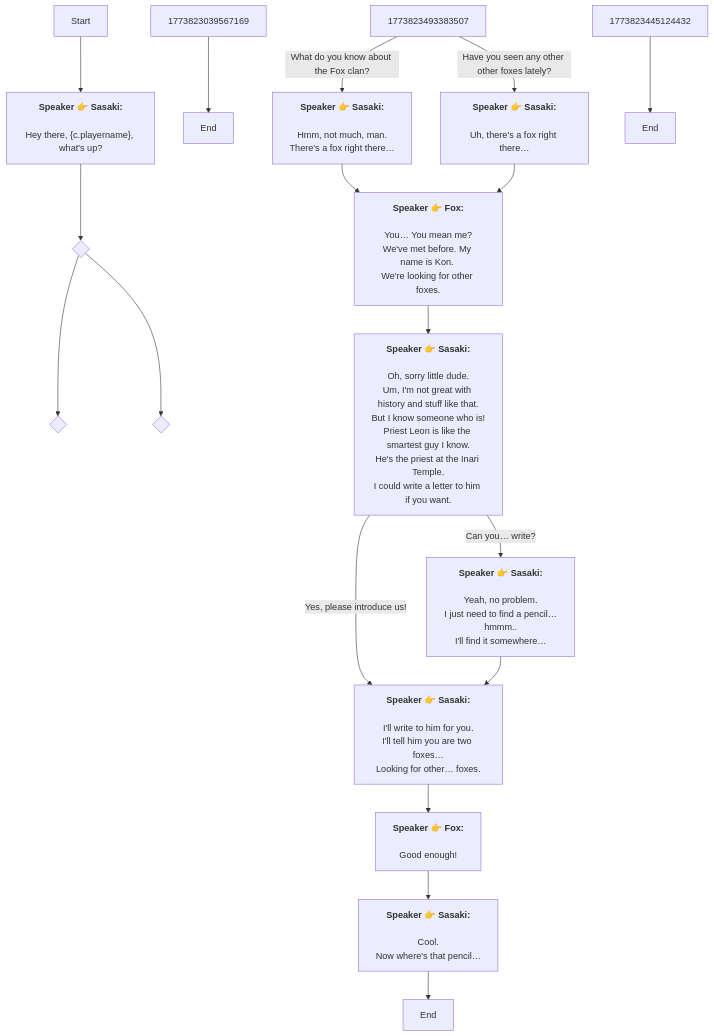
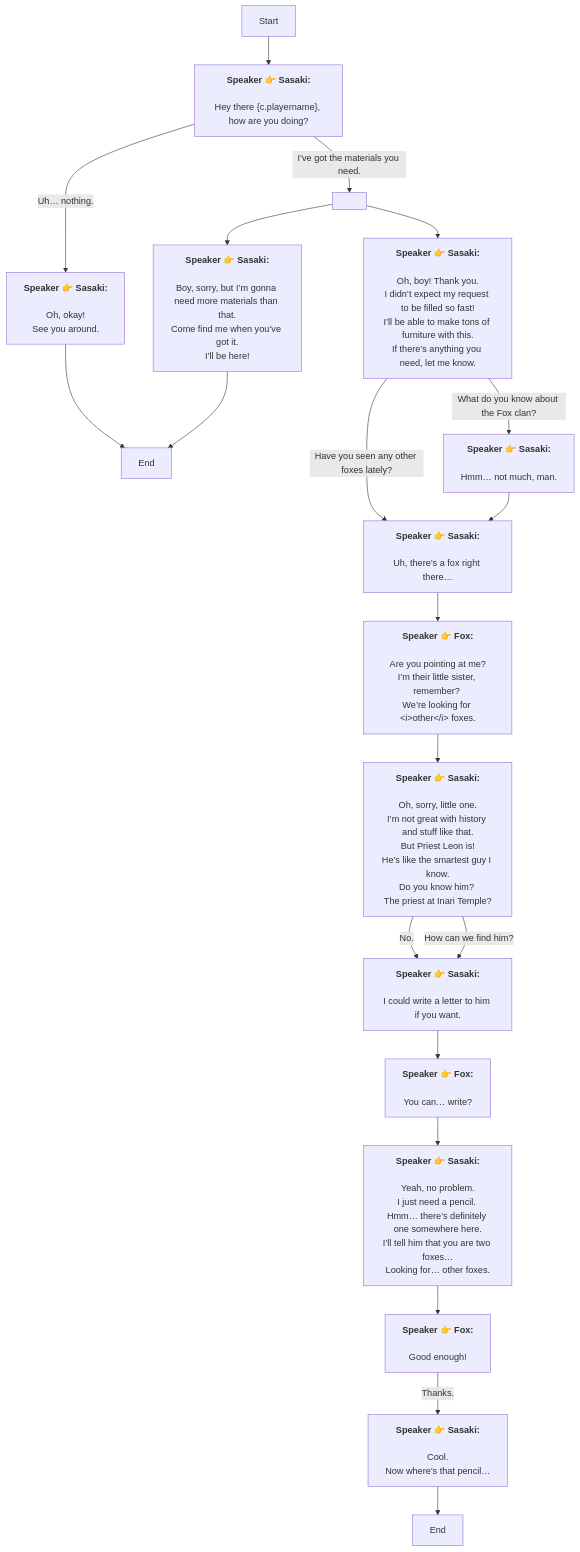
The diagram in En/QuestNPCDeliveryENode_1773822787295540.md (SoftHu/tos_avg), drawn with Mermaid before and after one commit. The commit also changed 780 other files, not shown here.

````diff
--- a/En/QuestNPCDeliveryENode_1773822787295540.md
+++ b/En/QuestNPCDeliveryENode_1773822787295540.md
@@ -1,48 +1,52 @@
 ```mermaid
 graph
 Start -->1773823005079863[<b>Speaker 👉 Sasaki:</b>
-\nHey there, &lbrace;c.playername&rbrace;, what's up?]
-1773823005079863 -->1773823380085067{ }
-1773823380085067 -->1773823019641145{ }
-1773823380085067 -->1773823434289484{ }
+\nHey there &lbrace;c.playername&rbrace;, how are you doing?]
+1773823005079863 -->|I’ve got the materials you need.|1773823380085067[ ]
+1773823005079863 -->|Uh… nothing.|1773823039567169[<b>Speaker 👉 Sasaki:</b>
+\nOh, okay!
+See you around.]
 1773823039567169 -->1773823051202883[End]
+1773823380085067 -->1773823493383507[<b>Speaker 👉 Sasaki:</b>
+\nOh, boy! Thank you.
+I didn’t expect my request to be filled so fast!\nI’ll be able to make tons of furniture with this.
+If there’s anything you need, let me know.]
+1773823380085067 -->1778081627686508[<b>Speaker 👉 Sasaki:</b>
+\nBoy, sorry, but I’m gonna need more materials than that.
+Come find me when you’ve got it.
+I’ll be here!]
 1773823493383507 -->|What do you know about the Fox clan?|1773823573003613[<b>Speaker 👉 Sasaki:</b>
-\nHmm, not much, man.
-There's a fox right there…]
-1773823493383507 -->|Have you seen any other other foxes lately?|1773823599531359[<b>Speaker 👉 Sasaki:</b>
-\nUh, there's a fox right there…]
-1773823573003613 -->1773823651469672[<b>Speaker 👉 Fox:</b>
-\nYou… You mean me?
-We've met before. My name is Kon. 
-We're looking for other foxes.]
+\nHmm… not much, man.]
+1773823493383507 -->|Have you seen any other foxes lately?|1773823599531359[<b>Speaker 👉 Sasaki:</b>
+\nUh, there’s a fox right there…]
+1773823573003613 -->1773823599531359[<b>Speaker 👉 Sasaki:</b>
+\nUh, there’s a fox right there…]
+1773823599531359 -->1773823651469672[<b>Speaker 👉 Fox:</b>
+\nAre you pointing at me?
+I’m their little sister, remember? 
+We’re looking for &lt;i&gt;other&lt;/i&gt; foxes.]
 1773823651469672 -->1773823678112106[<b>Speaker 👉 Sasaki:</b>
-\nOh, sorry little dude.
-Um, I'm not great with history and stuff like that.
-But I know someone who is!\nPriest Leon is like the smartest guy I know.
-He's the priest at the Inari Temple.
-I could write a letter to him if you want.]
-1773823678112106 -->|Can you… write?|1773823751781748[<b>Speaker 👉 Sasaki:</b>
+\nOh, sorry, little one.\nI’m not great with history and stuff like that.
+But Priest Leon is!
+He’s like the smartest guy I know.\nDo you know him? 
+The priest at Inari Temple?]
+1773823678112106 -->|No.|1773823751781748[<b>Speaker 👉 Sasaki:</b>
+\nI could write a letter to him if you want.]
+1773823678112106 -->|How can we find him?|1773823751781748[<b>Speaker 👉 Sasaki:</b>
+\nI could write a letter to him if you want.]
+1773823751781748 -->1773823779200374[<b>Speaker 👉 Fox:</b>
+\nYou can… write?]
+1773823779200374 -->1773823815981432[<b>Speaker 👉 Sasaki:</b>
 \nYeah, no problem.
-I just need to find a pencil…hmmm..
-I'll find it somewhere…]
-1773823678112106 -->|Yes, please introduce us!|1773823779200374[<b>Speaker 👉 Sasaki:</b>
-\nI'll write to him for you.
-I'll tell him you are two foxes…
-Looking for other… foxes.]
-1773823751781748 -->1773823779200374[<b>Speaker 👉 Sasaki:</b>
-\nI'll write to him for you.
-I'll tell him you are two foxes…
-Looking for other… foxes.]
-1773823779200374 -->1773823815981432[<b>Speaker 👉 Fox:</b>
+I just need a pencil. 
+Hmm… there’s definitely one somewhere here.\nI’ll tell him that you are two foxes…
+Looking for… other foxes.]
+1773823815981432 -->1773823838190970[<b>Speaker 👉 Fox:</b>
 \nGood enough!]
-1773823815981432 -->1773823838190970[<b>Speaker 👉 Sasaki:</b>
+1773823838190970 -->|Thanks.|1775605907199365[<b>Speaker 👉 Sasaki:</b>
 \nCool.
-Now where's that pencil…]
-1773823838190970 -->1773823854381436[End]
-1773823599531359 -->1773823651469672[<b>Speaker 👉 Fox:</b>
-\nYou… You mean me?
-We've met before. My name is Kon. 
-We're looking for other foxes.]
-1773823445124432 -->1773823459869010[End]
+Now where’s that pencil…]
+1775605907199365 -->1773823854381436[End]
+1778081627686508 -->1773823051202883[End]
 
 ```
````
